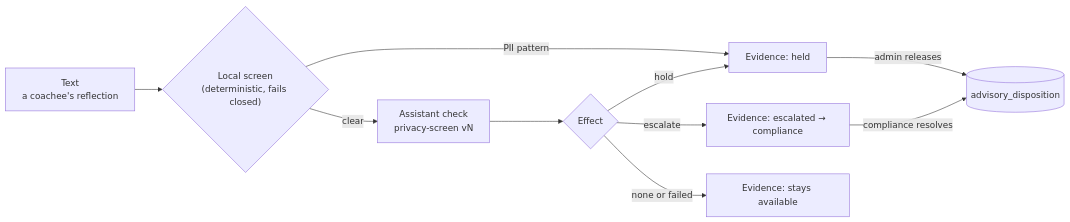
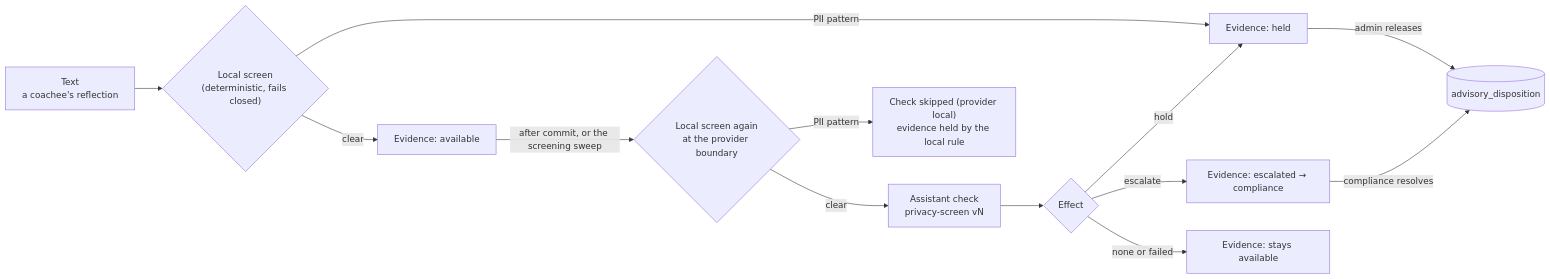
The sixth of 9 diagrams in docs/architecture/overview.md (brandonbryant12/project-x), drawn with Mermaid before and after one commit. The commit also changed other lines of this file and 1 other file, not shown here.

Commit message:
docs(architecture): weighted credit columns and migration, dispatcher and screening flows

````diff
--- a/docs/architecture/overview.md
+++ b/docs/architecture/overview.md
@@ -116,12 +117,15 @@
 ```mermaid
 flowchart LR
   text["Text<br/>a coachee's reflection"] --> local{"Local screen<br/>(deterministic, fails closed)"}
   local -- PII pattern --> held["Evidence: held"]
-  local -- clear --> check["Assistant check<br/>privacy-screen vN"]
+  local -- clear --> avail0["Evidence: available"]
+  avail0 -- after commit, or the screening sweep --> boundary{"Local screen again<br/>at the provider boundary"}
+  boundary -- PII pattern --> skip["Check skipped (provider local)<br/>evidence held by the local rule"]
+  boundary -- clear --> check["Assistant check<br/>privacy-screen vN"]
   check --> effect{"Effect"}
   effect -- hold --> held
   effect -- escalate --> esc["Evidence: escalated → compliance"]
   effect -- none or failed --> avail["Evidence: stays available"]
   held -- admin releases --> disp[("advisory_disposition")]
   esc -- compliance resolves --> disp
 ```
````
